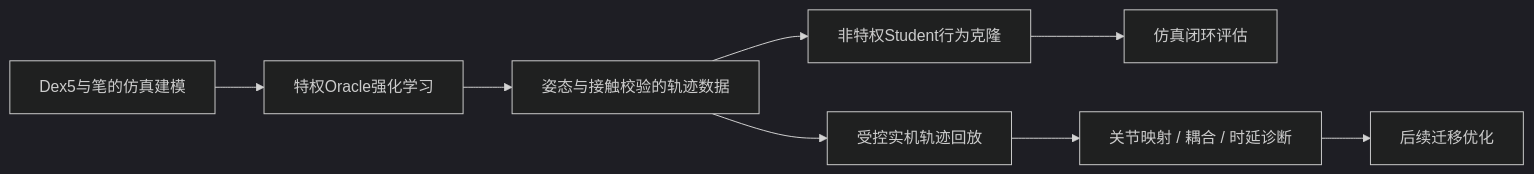
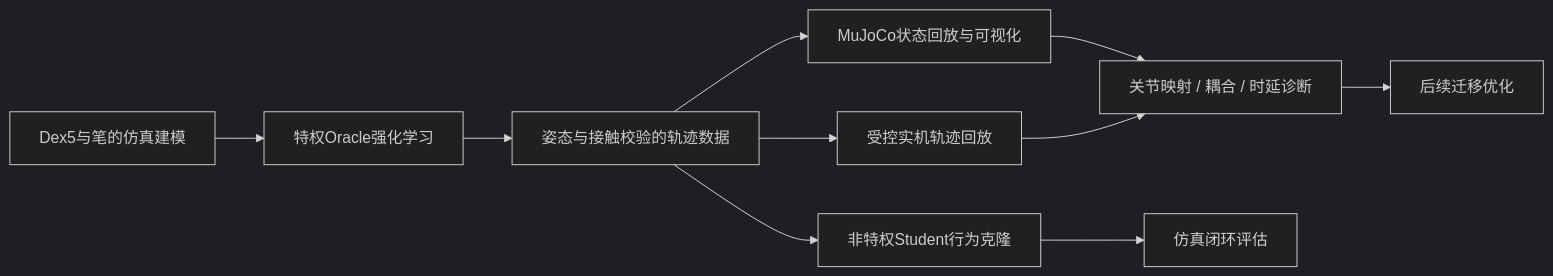
One commit to yued2013-hash/dex5_penspin changed the diagram in README.md. Above: the diagram before and after it, drawn with Mermaid (dark theme). The commit also changed other lines of this file and 6 other files, not shown here.

````diff
--- a/README.md
+++ b/README.md
@@ -37,10 +37,12 @@
 ```mermaid
 flowchart LR
   A[Dex5与笔的仿真建模] --> B[特权Oracle强化学习]
   B --> C[姿态与接触校验的轨迹数据]
+  C --> V[MuJoCo状态回放与可视化]
+  V --> G[关节映射 / 耦合 / 时延诊断]
   C --> D[非特权Student行为克隆]
   D --> E[仿真闭环评估]
   C --> F[受控实机轨迹回放]
   F --> G[关节映射 / 耦合 / 时延诊断]
   G --> H[后续迁移优化]
 ```
````
